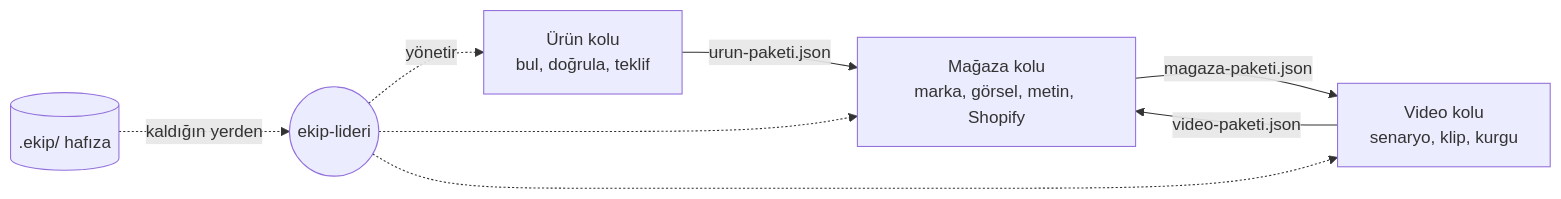
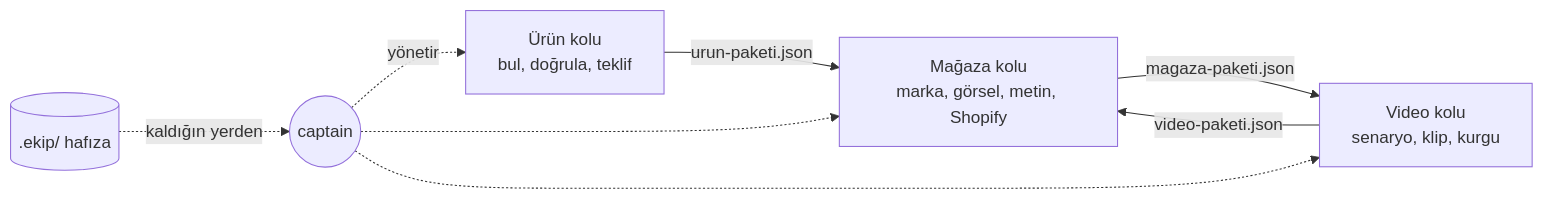
The diagram in README.md (armanvibecoding/viral-urun-ekibi-market), drawn with Mermaid before and after one commit. The commit also changed other lines of this file and 325 other files, not shown here.

````diff
--- a/README.md
+++ b/README.md
@@ -51,10 +51,10 @@
 ```mermaid
 flowchart LR
     A["Ürün kolu<br/>bul, doğrula, teklif"] -- urun-paketi.json --> B["Mağaza kolu<br/>marka, görsel, metin, Shopify"]
     B -- magaza-paketi.json --> C["Video kolu<br/>senaryo, klip, kurgu"]
     C -- video-paketi.json --> B
-    L(("ekip-lideri")) -.yönetir.-> A
+    L(("captain")) -.yönetir.-> A
     L -.-> B
     L -.-> C
     H[(".ekip/ hafıza")] -.kaldığın yerden.-> L
 ```
````
